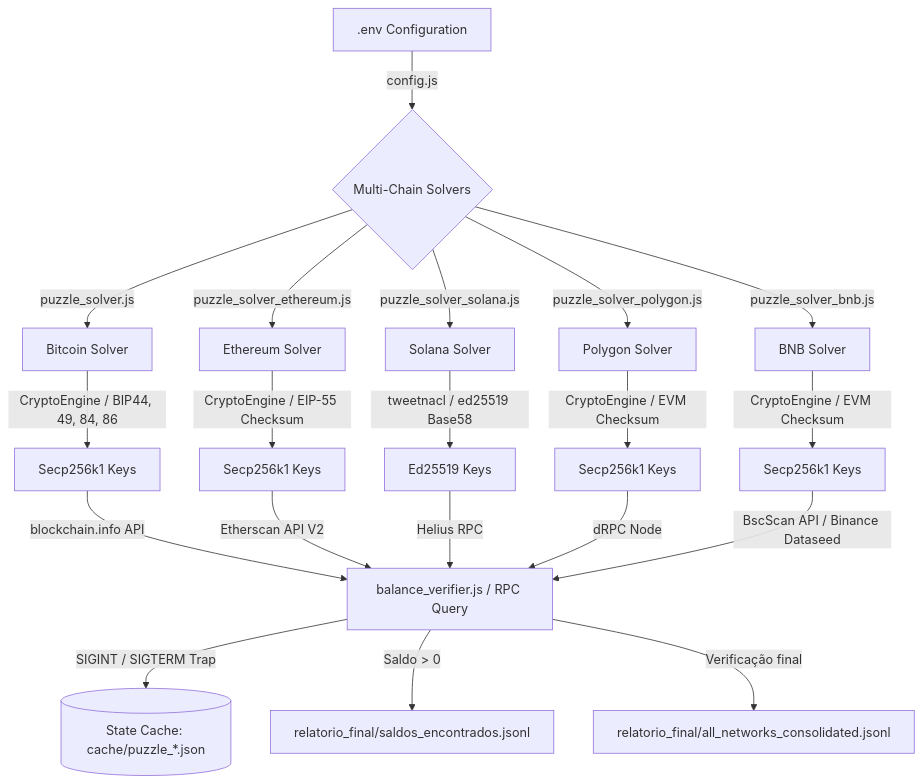
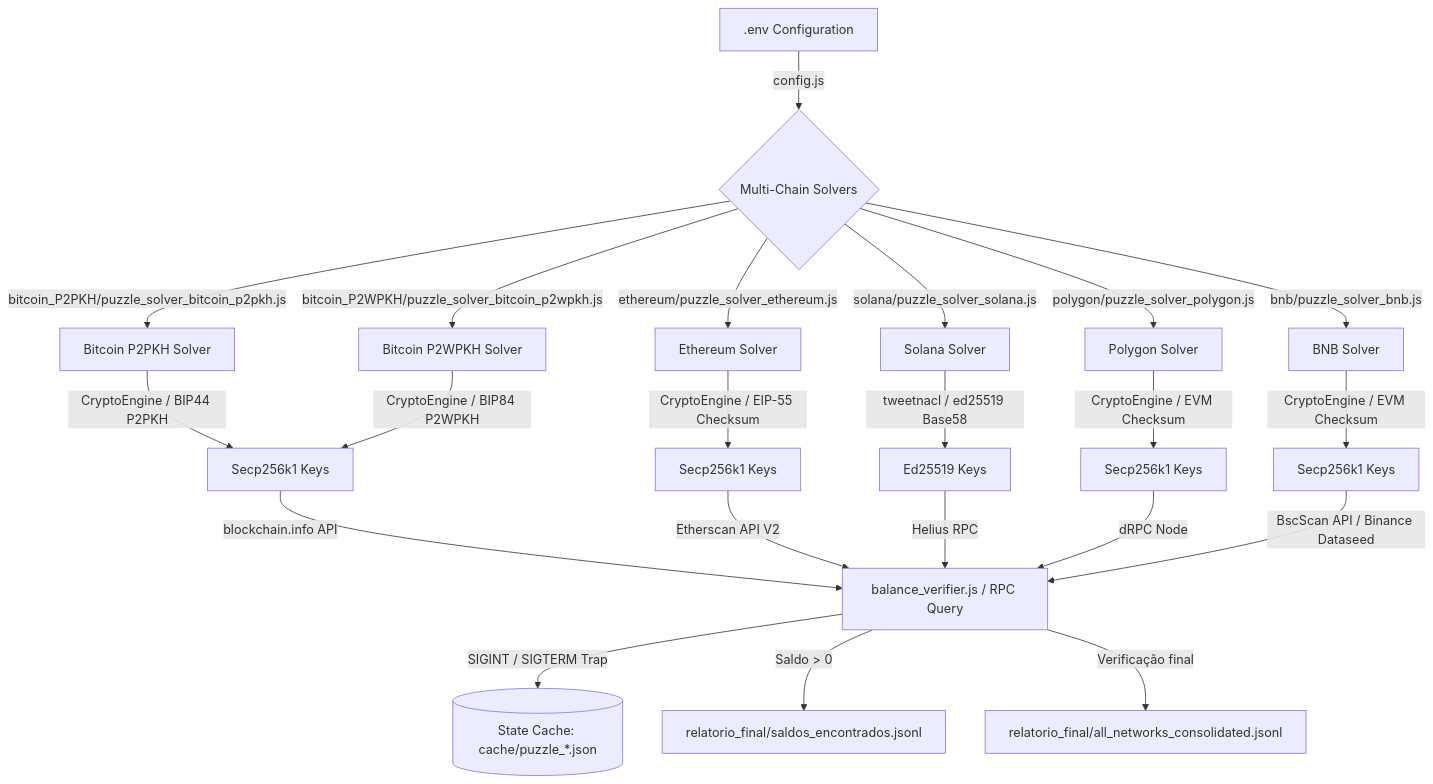
The diagram in 2--_71-72-73/README.md (RafaelBatistaDev/btcpuzzle-solution), drawn with Mermaid before and after one commit. The commit also changed other lines of this file and 55 other files, not shown here.

````diff
--- a/2--_71-72-73/README.md
+++ b/2--_71-72-73/README.md
@@ -18,25 +18,27 @@
 ```mermaid
 graph TD
     ENV[.env Configuration] -->|config.js| SOLVERS{Multi-Chain Solvers}
-    SOLVERS -->|puzzle_solver.js| BTC[Bitcoin Solver]
-    SOLVERS -->|puzzle_solver_ethereum.js| ETH[Ethereum Solver]
-    SOLVERS -->|puzzle_solver_solana.js| SOL[Solana Solver]
-    SOLVERS -->|puzzle_solver_polygon.js| POLY[Polygon Solver]
-    SOLVERS -->|puzzle_solver_bnb.js| BNB[BNB Solver]
+    SOLVERS -->|bitcoin_P2PKH/puzzle_solver_bitcoin_p2pkh.js| BTC[Bitcoin P2PKH Solver]
+    SOLVERS -->|bitcoin_P2WPKH/puzzle_solver_bitcoin_p2wpkh.js| BTCW[Bitcoin P2WPKH Solver]
+    SOLVERS -->|ethereum/puzzle_solver_ethereum.js| ETH[Ethereum Solver]
+    SOLVERS -->|solana/puzzle_solver_solana.js| SOL[Solana Solver]
+    SOLVERS -->|polygon/puzzle_solver_polygon.js| POLY[Polygon Solver]
+    SOLVERS -->|bnb/puzzle_solver_bnb.js| BNB[BNB Solver]
     
-    BTC -->|CryptoEngine / BIP44, 49, 84, 86| BTCP[Secp256k1 Keys]
+    BTC -->|CryptoEngine / BIP44 P2PKH| BTCP[Secp256k1 Keys]
+    BTCW -->|CryptoEngine / BIP84 P2WPKH| BTCP
     ETH -->|CryptoEngine / EIP-55 Checksum| ETHP[Secp256k1 Keys]
     SOL -->|tweetnacl / ed25519 Base58| SOLP[Ed25519 Keys]
     POLY -->|CryptoEngine / EVM Checksum| POLYP[Secp256k1 Keys]
     BNB -->|CryptoEngine / EVM Checksum| BNBP[Secp256k1 Keys]
     
     BTCP -->|blockchain.info API| RES[balance_verifier.js / RPC Query]
     ETHP -->|Etherscan API V2| RES
     SOLP -->|Helius RPC| RES
     POLYP -->|dRPC Node| RES
     BNBP -->|BscScan API / Binance Dataseed| RES
     
     RES -->|SIGINT / SIGTERM Trap| STATE[(State Cache: cache/puzzle_*.json)]
     RES -->|Saldo > 0| FOUND[relatorio_final/saldos_encontrados.jsonl]
     RES -->|Verificação final| CHECK[relatorio_final/all_networks_consolidated.jsonl]
 ```
````
